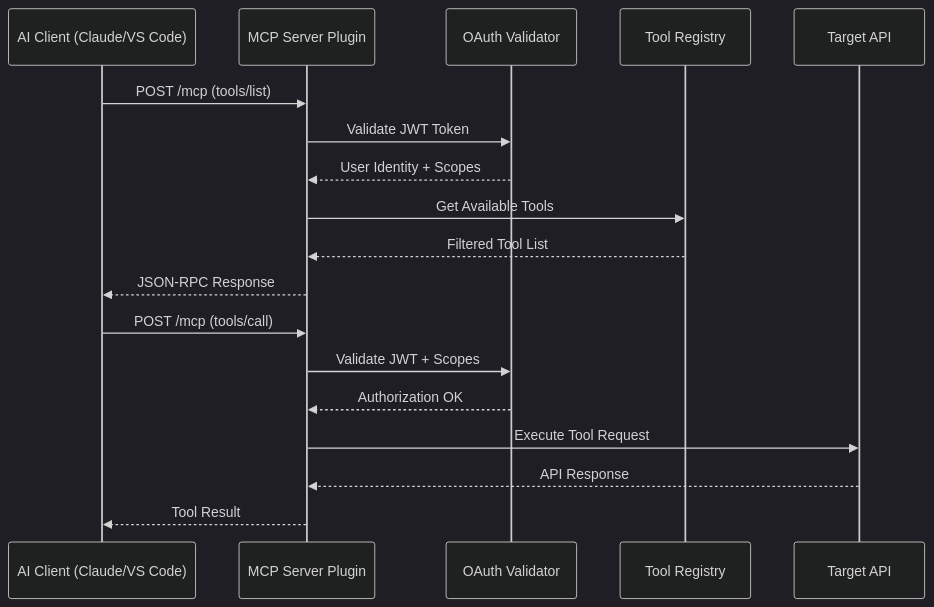
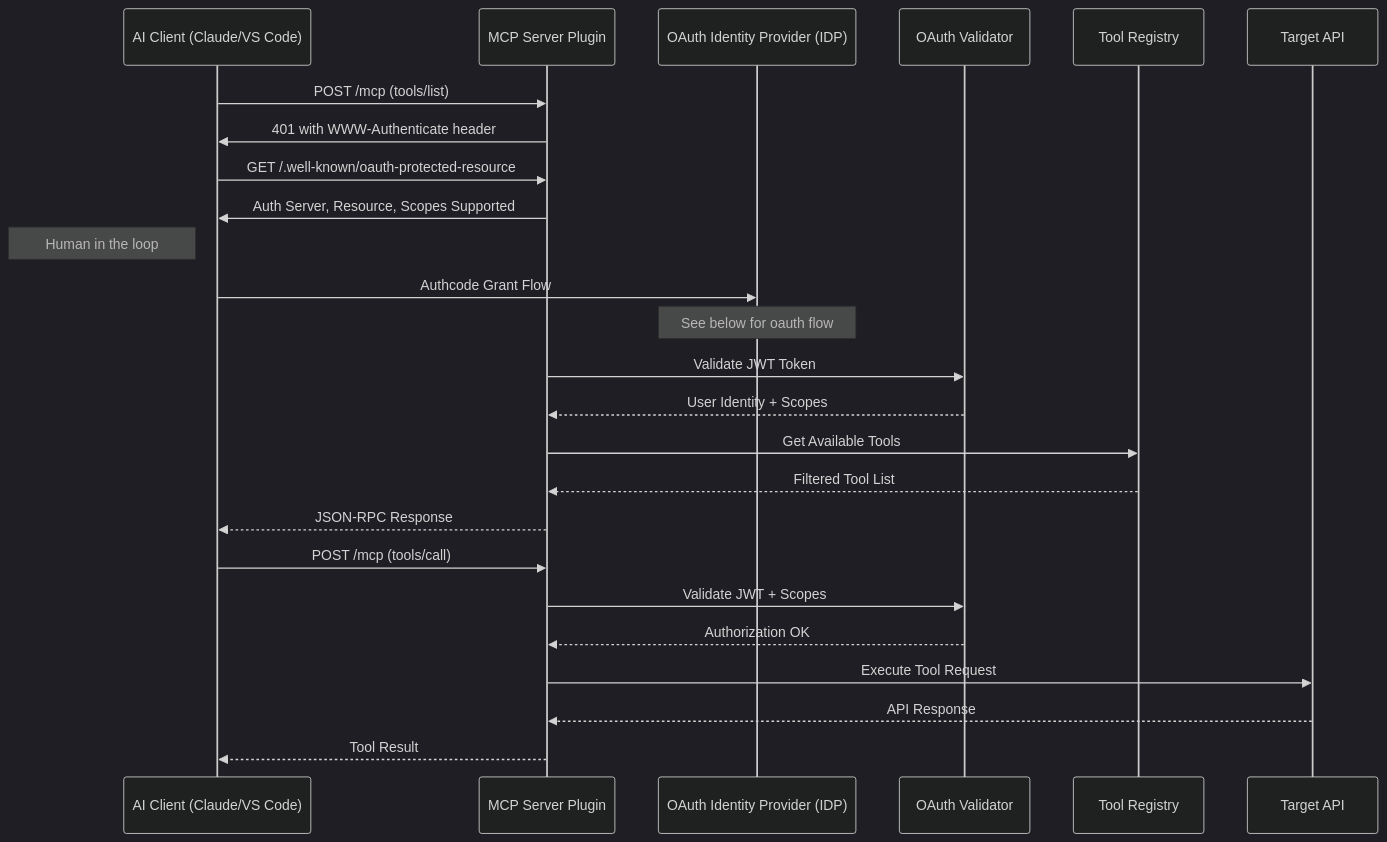
Before and after one commit to kaheidt/kong-mcp-proxy-hackathon: the second of 4 diagrams in README.md, drawn with Mermaid (dark theme). The commit also changed other lines of this file, not shown here.

````diff
--- a/README.md
+++ b/README.md
@@ -129,22 +129,29 @@
 ```mermaid
 sequenceDiagram
     participant AI as AI Client (Claude/VS Code)
     participant MCP as MCP Server Plugin
+    participant IDP as OAuth Identity Provider (IDP)
     participant OAuth as OAuth Validator
     participant Tool as Tool Registry
     participant API as Target API
 
     AI->>MCP: POST /mcp (tools/list)
+    MCP->>AI: 401 with WWW-Authenticate header
+    AI->>MCP: GET /.well-known/oauth-protected-resource
+    MCP->>AI: Auth Server, Resource, Scopes Supported
+    Note left of AI: Human in the loop
+    AI->>IDP: Authcode Grant Flow
+    Note over IDP: See below for oauth flow
     MCP->>OAuth: Validate JWT Token
     OAuth-->>MCP: User Identity + Scopes
     MCP->>Tool: Get Available Tools
     Tool-->>MCP: Filtered Tool List
     MCP-->>AI: JSON-RPC Response
 
     AI->>MCP: POST /mcp (tools/call)
     MCP->>OAuth: Validate JWT + Scopes
     OAuth-->>MCP: Authorization OK
     MCP->>API: Execute Tool Request
     API-->>MCP: API Response
     MCP-->>AI: Tool Result
 ```
````
